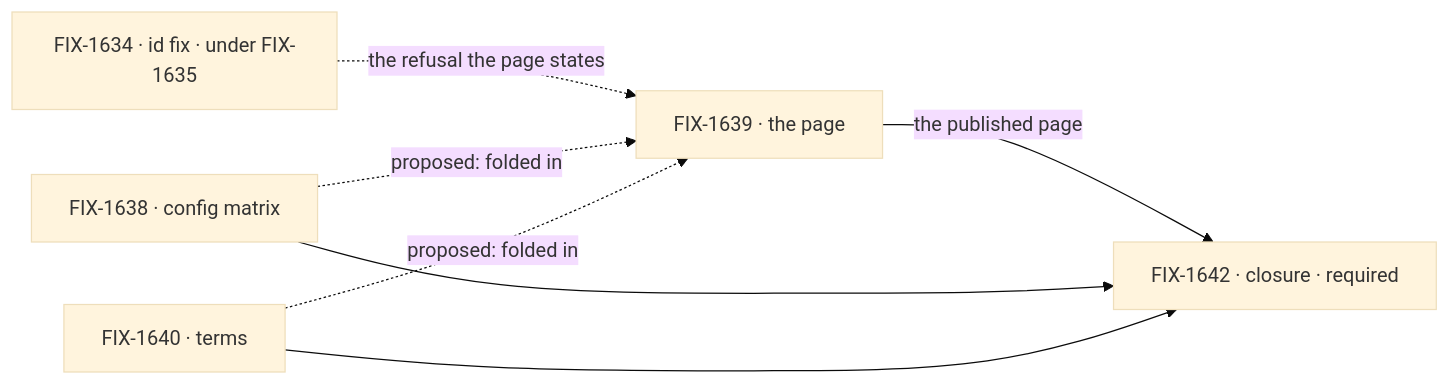
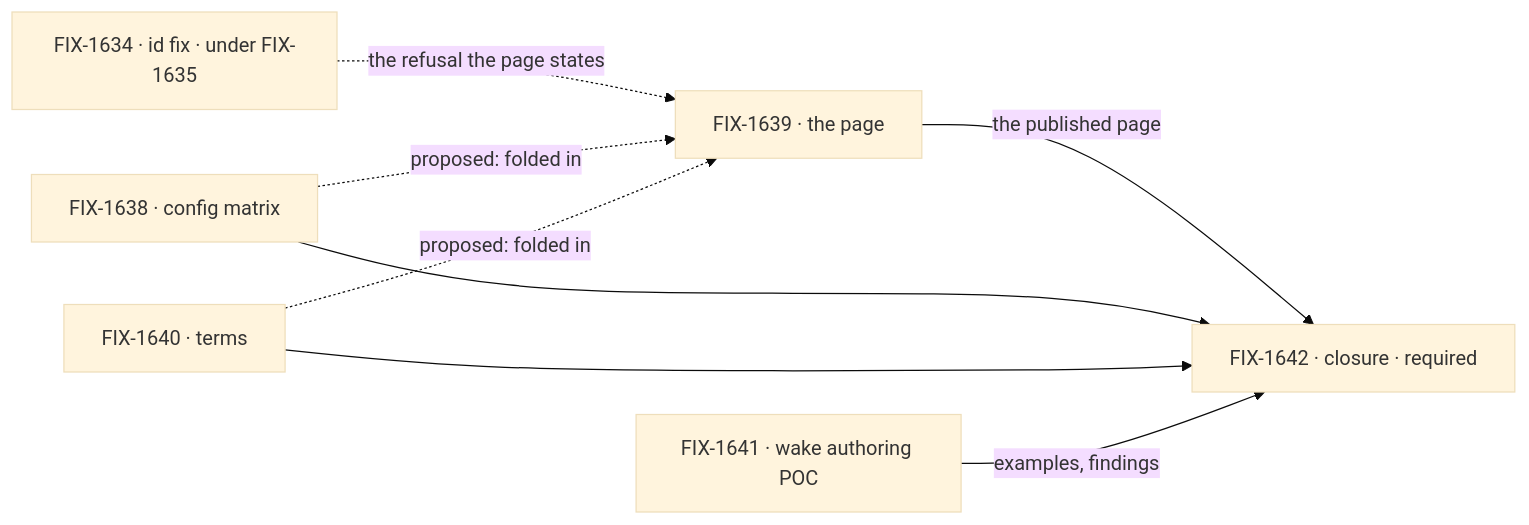
The second of 2 diagrams in specs/epics/FIX-1637/SPEC.md (fixpoint-labs/flow-state-dev), drawn with Mermaid (base theme) before and after one commit. The commit also changed other lines of this file and 4 other files, not shown here.

First line of the commit message:
spec(epic FIX-1637): add FIX-1641, the wake authoring POC, to the set

````diff
--- a/specs/epics/FIX-1637/SPEC.md
+++ b/specs/epics/FIX-1637/SPEC.md
@@ -95,9 +97,10 @@
 ```mermaid
 flowchart LR
   I["FIX-1634 · id fix · under FIX-1635"] -.->|"the refusal the page states"| P["FIX-1639 · the page"]
   M["FIX-1638 · config matrix"] -.->|"proposed: folded in"| P
   G["FIX-1640 · terms"] -.->|"proposed: folded in"| P
   P -->|"the published page"| Z["FIX-1642 · closure · required"]
   M --> Z
   G --> Z
+  E["FIX-1641 · wake authoring POC"] -->|"examples, findings"| Z
 ```
````
